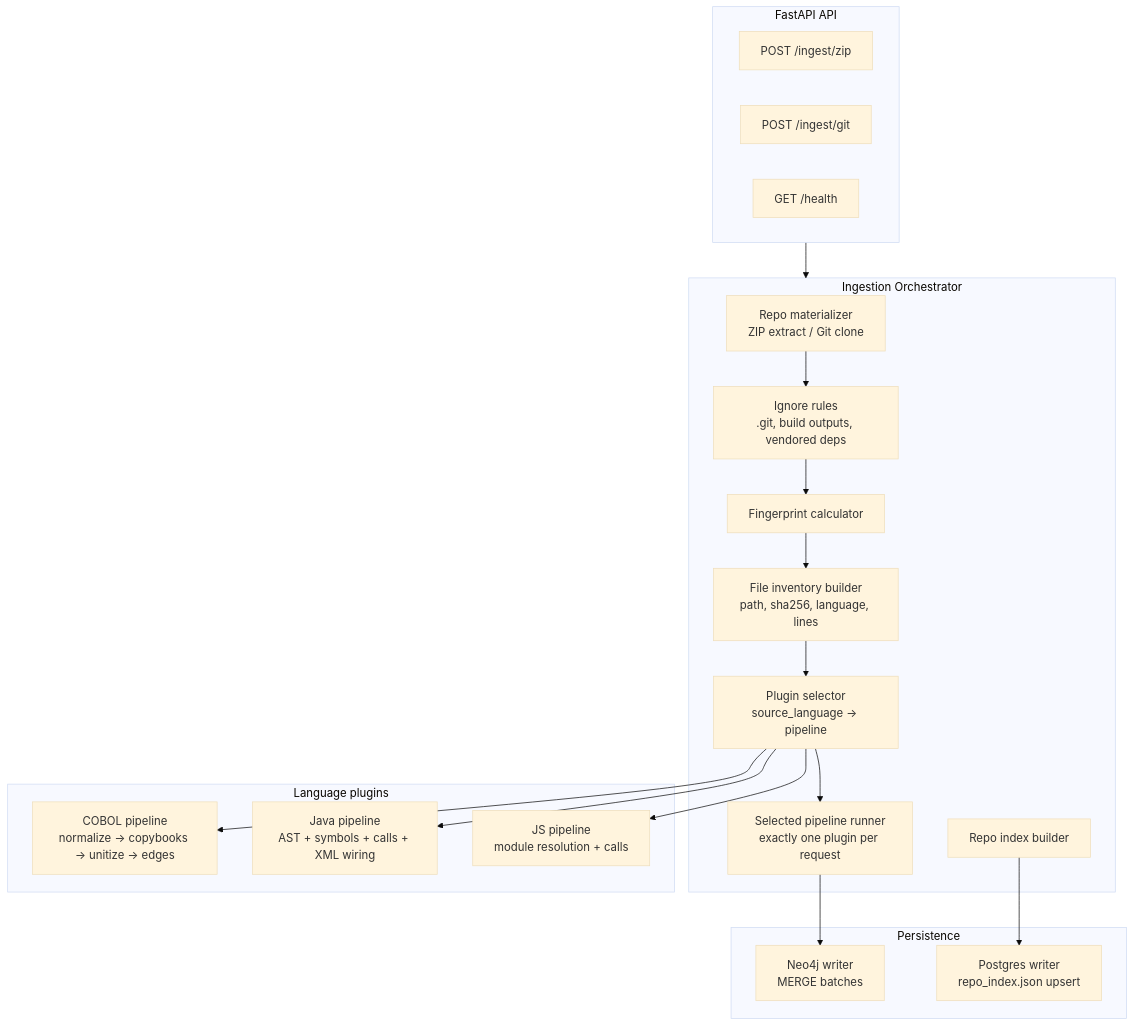
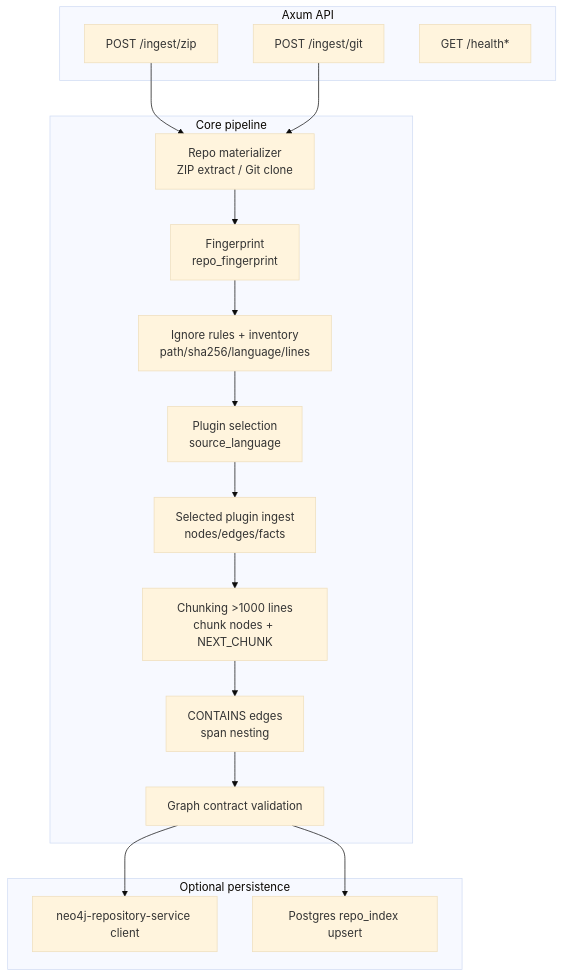
The second of 2 diagrams in git-epic-creator/services/code_graph_ingestion_service/README.md (vladavilov/playground), drawn with Mermaid (base theme) before and after one commit. The commit also changed other lines of this file and 194 other files, not shown here.

````diff
--- a/git-epic-creator/services/code_graph_ingestion_service/README.md
+++ b/git-epic-creator/services/code_graph_ingestion_service/README.md
@@ -113,37 +125,30 @@
 ```mermaid
 flowchart TB
-  subgraph API[FastAPI API]
+  subgraph API[Axum API]
     A1[POST /ingest/zip]
     A2[POST /ingest/git]
-    A3[GET /health]
+    A3[GET /health*]
   end
 
-  subgraph Core[Ingestion Orchestrator]
+  subgraph Core[Core pipeline]
     C1[Repo materializer<br/>ZIP extract / Git clone]
-    C2[Ignore rules<br/>.git, build outputs, vendored deps]
-    C3[Fingerprint calculator]
-    C4[File inventory builder<br/>path, sha256, language, lines]
-    C5[Plugin selector<br/>source_language → pipeline]
-    C6[Selected pipeline runner<br/>exactly one plugin per request]
-    C7[Repo index builder]
+    C2[Fingerprint<br/>repo_fingerprint]
+    C3[Ignore rules + inventory<br/>path/sha256/language/lines]
+    C4[Plugin selection<br/>source_language]
+    C5[Selected plugin ingest<br/>nodes/edges/facts]
+    C6[Chunking >1000 lines<br/>chunk nodes + NEXT_CHUNK]
+    C7[CONTAINS edges<br/>span nesting]
+    C8[Graph contract validation]
   end
 
-  subgraph Plugins[Language plugins]
-    P1[COBOL pipeline<br/>normalize → copybooks → unitize → edges]
-    P2[Java pipeline<br/>AST + symbols + calls + XML wiring]
-    P3[JS pipeline<br/>module resolution + calls]
+  subgraph Persist[Optional persistence]
+    P1[neo4j-repository-service client]
+    P2[Postgres repo_index upsert]
   end
 
-  subgraph Persist[Persistence]
-    N1[Neo4j writer<br/>MERGE batches]
-    P1DB[Postgres writer<br/>repo_index.json upsert]
-  end
-
-  API --> Core
-  C1 --> C2 --> C3 --> C4 --> C5 --> C6
-  C6 --> N1
-  C7 --> P1DB
-  C5 --> P1
-  C5 --> P2
-  C5 --> P3
+  A1 --> C1
+  A2 --> C1
+  C1 --> C2 --> C3 --> C4 --> C5 --> C6 --> C7 --> C8
+  C8 --> P1
+  C8 --> P2
 ```
````
